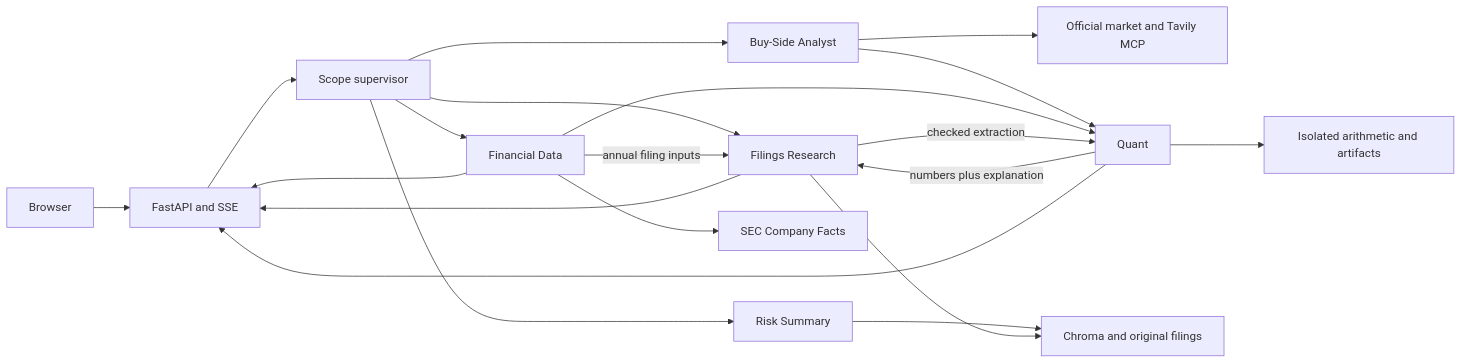
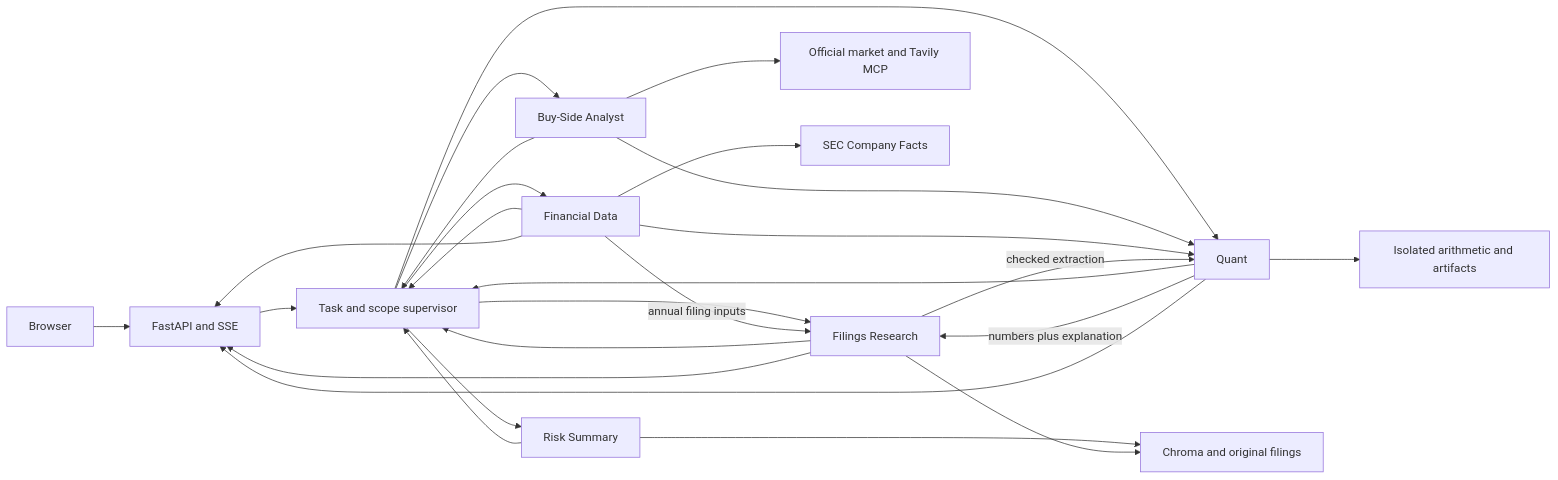
The diagram in docs/architecture.md (waderylan/quant-agent-orchestration), drawn with Mermaid before and after one commit. The commit also changed other lines of this file and 17 other files, not shown here.

````diff
--- a/docs/architecture.md
+++ b/docs/architecture.md
@@ -5,22 +5,28 @@
 ```mermaid
 flowchart LR
   UI[Browser] --> API[FastAPI and SSE]
-  API --> S[Scope supervisor]
+  API --> S[Task and scope supervisor]
   S --> R[Filings Research]
   S --> D[Financial Data]
   S --> RS[Risk Summary]
   S --> B[Buy-Side Analyst]
+  S --> Q[Quant]
+  R --> S
+  D --> S
+  Q --> S
+  RS --> S
+  B --> S
   B --> MCP[Official market and Tavily MCP]
   B --> Q
   RS --> V
   D --> Q[Quant]
   D -->|annual filing inputs| R
   R -->|checked extraction| Q
   Q -->|numbers plus explanation| R
   R --> V[Chroma and original filings]
   D --> F[SEC Company Facts]
   Q --> A[Isolated arithmetic and artifacts]
   R --> API
   D --> API
   Q --> API
 ```
````
